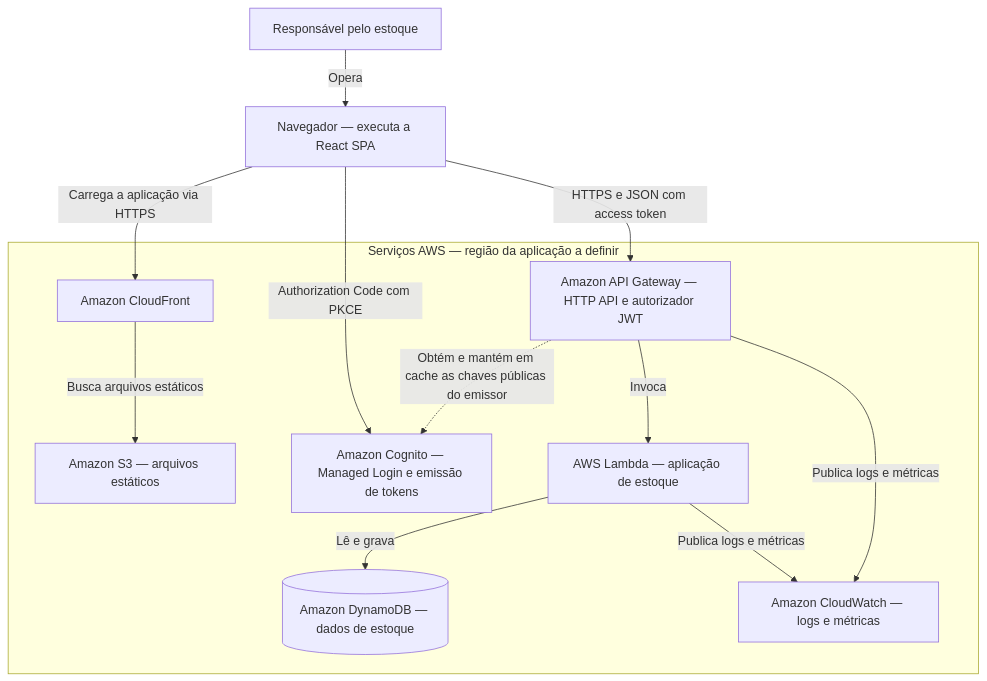
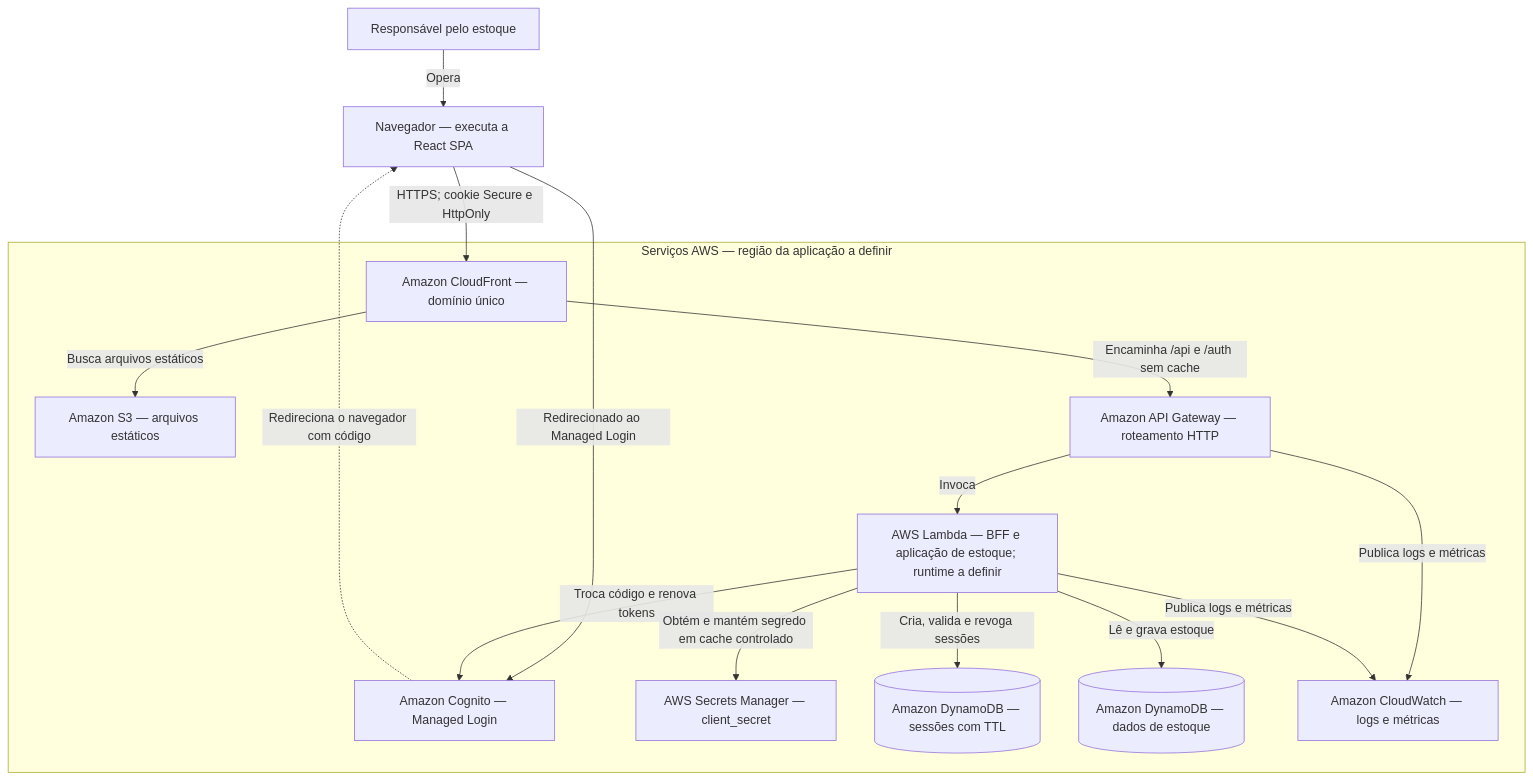
Before and after one commit to TiagoAlves14/estoque-congregacional: the diagram in docs/diagrams/deployment.mmd, drawn with Mermaid. The commit also changed other lines of this file and 21 other files, not shown here.

```diff
--- a/docs/diagrams/deployment.mmd
+++ b/docs/diagrams/deployment.mmd
@@ -1,24 +1,29 @@
 flowchart TB
     usuario["Responsável pelo estoque"]
     navegador["Navegador — executa a React SPA"]
 
     subgraph aws["Serviços AWS — região da aplicação a definir"]
-        cloudfront["Amazon CloudFront"]
+        cloudfront["Amazon CloudFront — domínio único"]
         s3["Amazon S3 — arquivos estáticos"]
-        cognito["Amazon Cognito — Managed Login e emissão de tokens"]
-        gateway["Amazon API Gateway — HTTP API e autorizador JWT"]
-        lambda["AWS Lambda — aplicação de estoque"]
-        dynamodb[("Amazon DynamoDB — dados de estoque")]
+        gateway["Amazon API Gateway — roteamento HTTP"]
+        lambda["AWS Lambda — BFF e aplicação de estoque; runtime a definir"]
+        cognito["Amazon Cognito — Managed Login"]
+        secrets["AWS Secrets Manager — client_secret"]
+        sessions[("Amazon DynamoDB — sessões com TTL")]
+        stock[("Amazon DynamoDB — dados de estoque")]
         cloudwatch["Amazon CloudWatch — logs e métricas"]
     end
 
     usuario -->|Opera| navegador
-    navegador -->|Carrega a aplicação via HTTPS| cloudfront
+    navegador -->|HTTPS; cookie Secure e HttpOnly| cloudfront
     cloudfront -->|Busca arquivos estáticos| s3
-    navegador -->|Authorization Code com PKCE| cognito
-    navegador -->|HTTPS e JSON com access token| gateway
-    gateway -.->|Obtém e mantém em cache as chaves públicas do emissor| cognito
+    cloudfront -->|Encaminha /api e /auth sem cache| gateway
+    navegador -->|Redirecionado ao Managed Login| cognito
+    cognito -.->|Redireciona o navegador com código| navegador
     gateway -->|Invoca| lambda
-    lambda -->|Lê e grava| dynamodb
+    lambda -->|Troca código e renova tokens| cognito
+    lambda -->|Obtém e mantém segredo em cache controlado| secrets
+    lambda -->|Cria, valida e revoga sessões| sessions
+    lambda -->|Lê e grava estoque| stock
     gateway -->|Publica logs e métricas| cloudwatch
     lambda -->|Publica logs e métricas| cloudwatch
```
